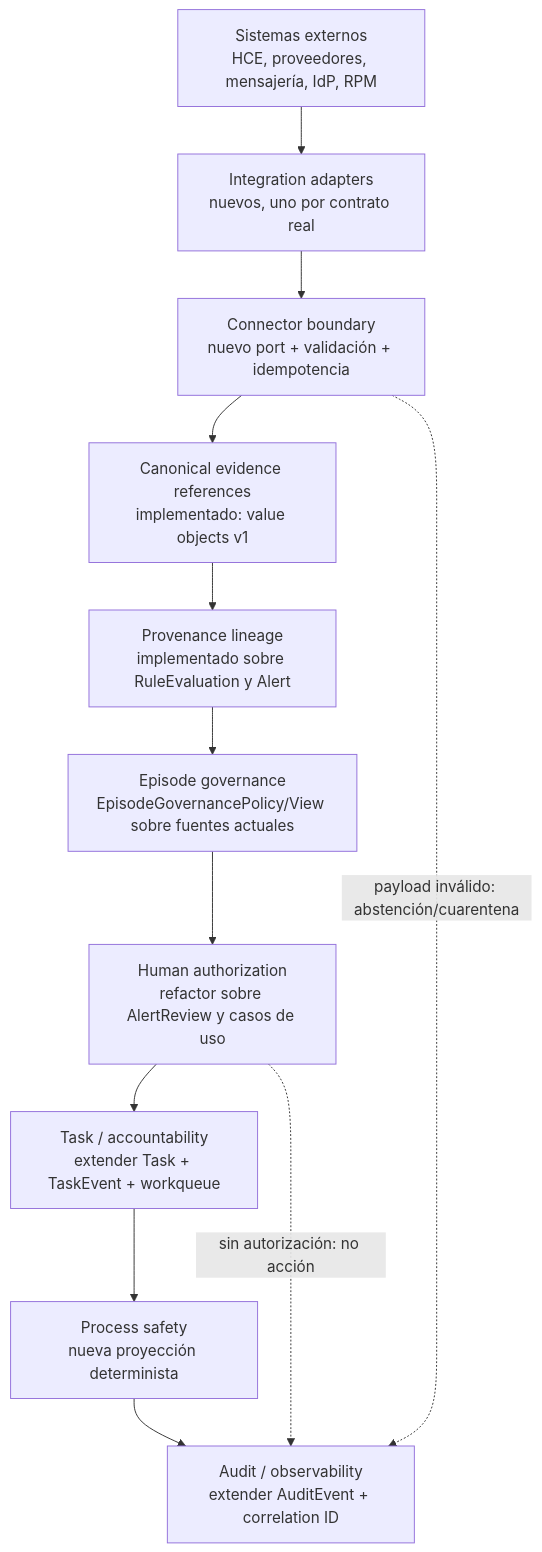
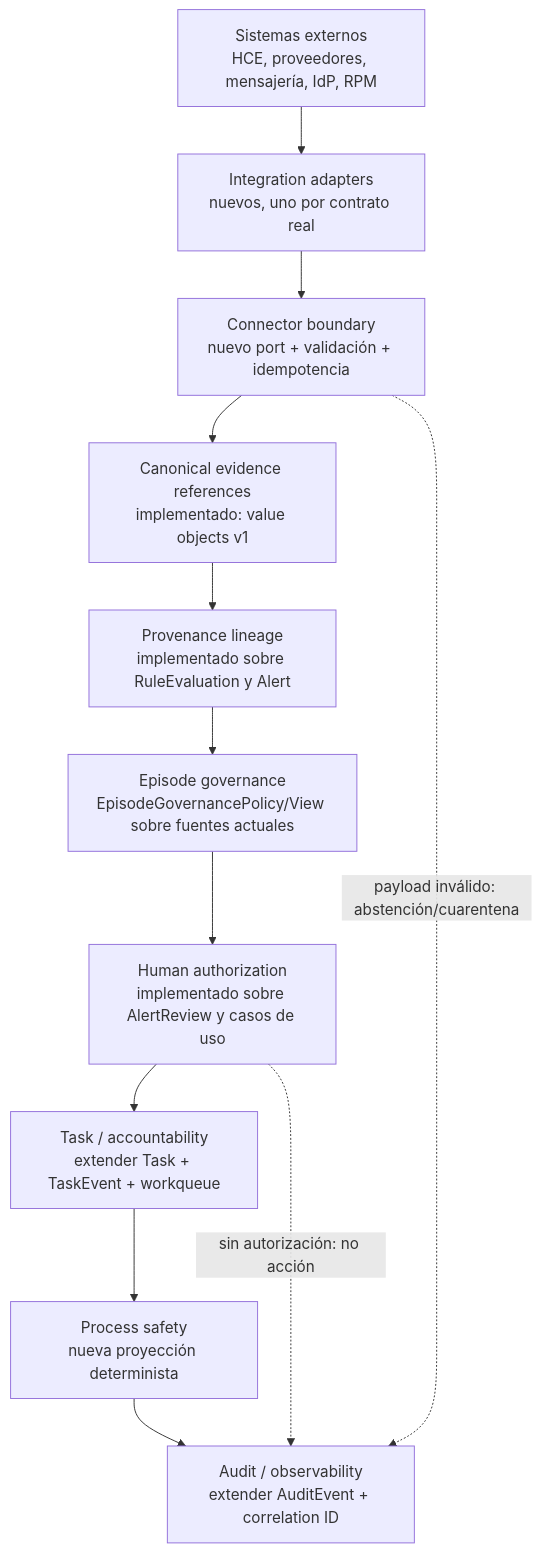
One commit to Luis195f/guardian-alta-segura changed the first of 2 diagrams in docs/architecture/gas2-target-architecture.md. Above: the diagram before and after it, drawn with Mermaid. The commit also changed other lines of this file and 22 other files, not shown here.

Commit message:
refactor(gas2): formalize human authorization policy (#15)

````diff
--- a/docs/architecture/gas2-target-architecture.md
+++ b/docs/architecture/gas2-target-architecture.md
@@ -12,26 +12,26 @@
 ```mermaid
 flowchart TB
   EXT["Sistemas externos<br/>HCE, proveedores, mensajería, IdP, RPM"]
   ADAPTERS["Integration adapters<br/>nuevos, uno por contrato real"]
   CONNECTOR["Connector boundary<br/>nuevo port + validación + idempotencia"]
   SIGNAL["Canonical evidence references<br/>implementado: value objects v1"]
   PROV["Provenance lineage<br/>implementado sobre RuleEvaluation y Alert"]
   EPISODE["Episode governance<br/>EpisodeGovernancePolicy/View sobre fuentes actuales"]
-  HUMAN["Human authorization<br/>refactor sobre AlertReview y casos de uso"]
+  HUMAN["Human authorization<br/>implementado sobre AlertReview y casos de uso"]
   TASK["Task / accountability<br/>extender Task + TaskEvent + workqueue"]
   PROCESS["Process safety<br/>nueva proyección determinista"]
   EVIDENCE["Audit / observability<br/>extender AuditEvent + correlation ID"]
 
   EXT --> ADAPTERS
   ADAPTERS --> CONNECTOR
   CONNECTOR --> SIGNAL
   SIGNAL --> PROV
   PROV --> EPISODE
   EPISODE --> HUMAN
   HUMAN --> TASK
   TASK --> PROCESS
   PROCESS --> EVIDENCE
 
   HUMAN -. "sin autorización: no acción" .-> EVIDENCE
   CONNECTOR -. "payload inválido: abstención/cuarentena" .-> EVIDENCE
 ```
````
